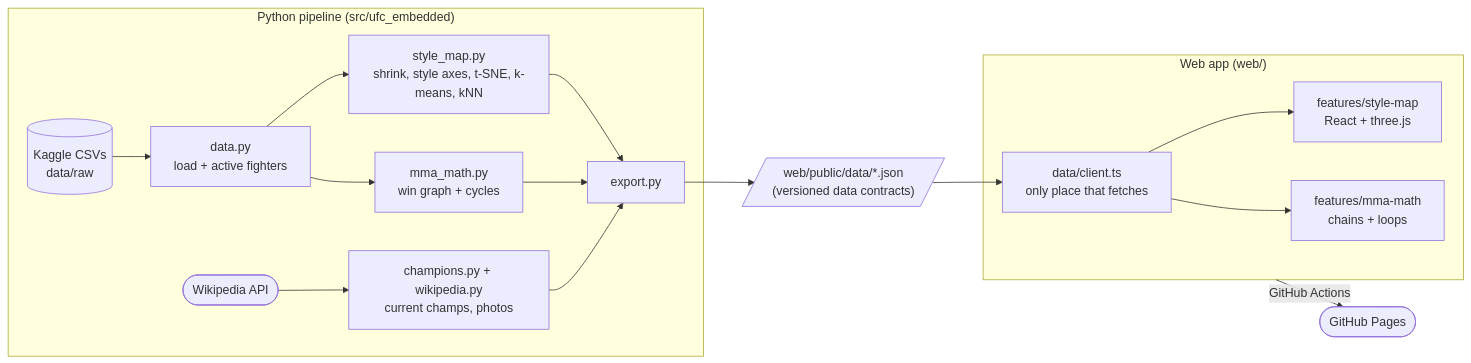
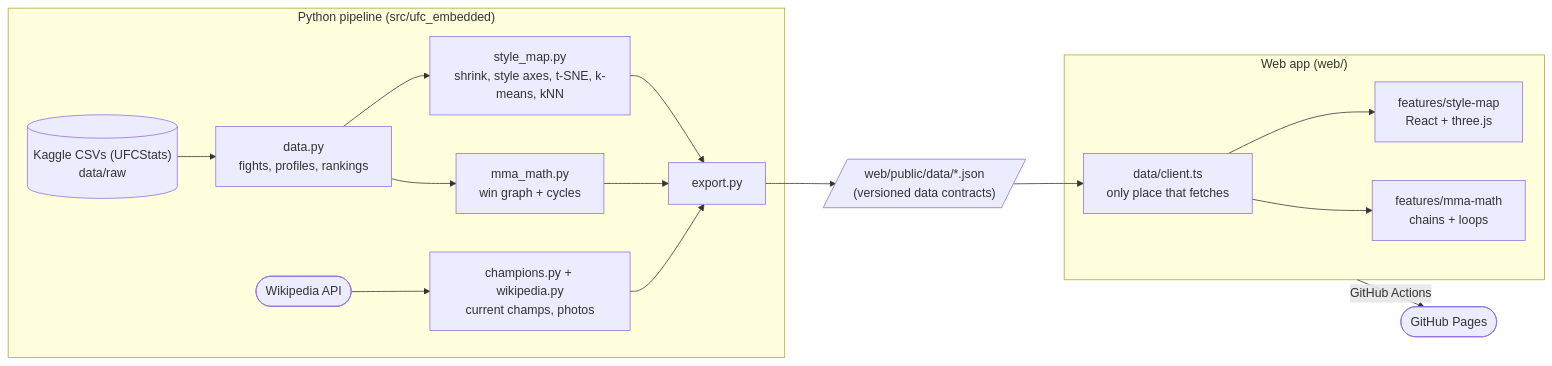
One commit to abbasly/ufc_embedded changed the diagram in README.md. Above: the diagram before and after it, drawn with Mermaid. The commit also changed other lines of this file and 6 other files, not shown here.

````diff
--- a/README.md
+++ b/README.md
@@ -41,22 +41,22 @@
 ```mermaid
 flowchart LR
     subgraph py["Python pipeline (src/ufc_embedded)"]
-        raw[("Kaggle CSVs<br/>data/raw")] --> data["data.py<br/>load + active fighters"]
+        raw[("Kaggle CSVs (UFCStats)<br/>data/raw")] --> data["data.py<br/>fights, profiles, rankings"]
         data --> sm["style_map.py<br/>shrink, style axes, t-SNE, k-means, kNN"]
         wiki(["Wikipedia API"]) --> champs["champions.py + wikipedia.py<br/>current champs, photos"]
         data --> mma["mma_math.py<br/>win graph + cycles"]
         sm --> export["export.py"]
         champs --> export
         mma --> export
     end
 
     export --> json[/"web/public/data/*.json<br/>(versioned data contracts)"/]
 
     subgraph web["Web app (web/)"]
         client["data/client.ts<br/>only place that fetches"] --> feat["features/style-map<br/>React + three.js"]
         client --> mmaui["features/mma-math<br/>chains + loops"]
     end
 
     json --> client
     web -->|"GitHub Actions"| pages(["GitHub Pages"])
 ```
````
